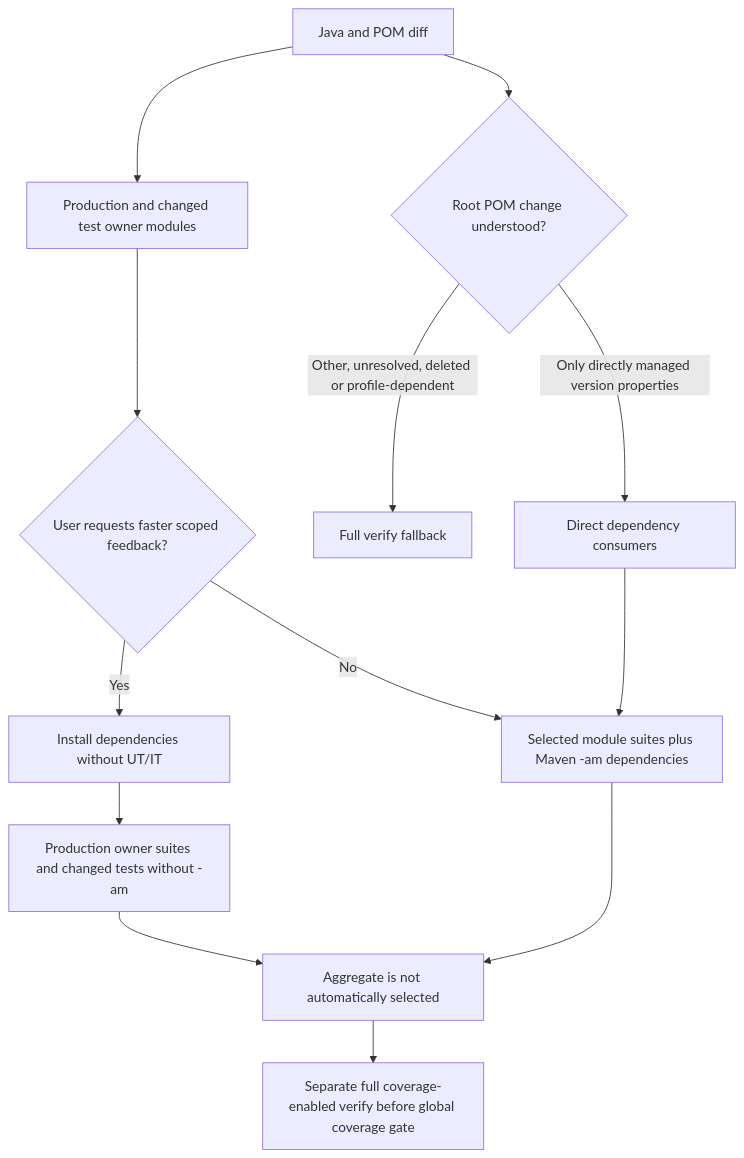
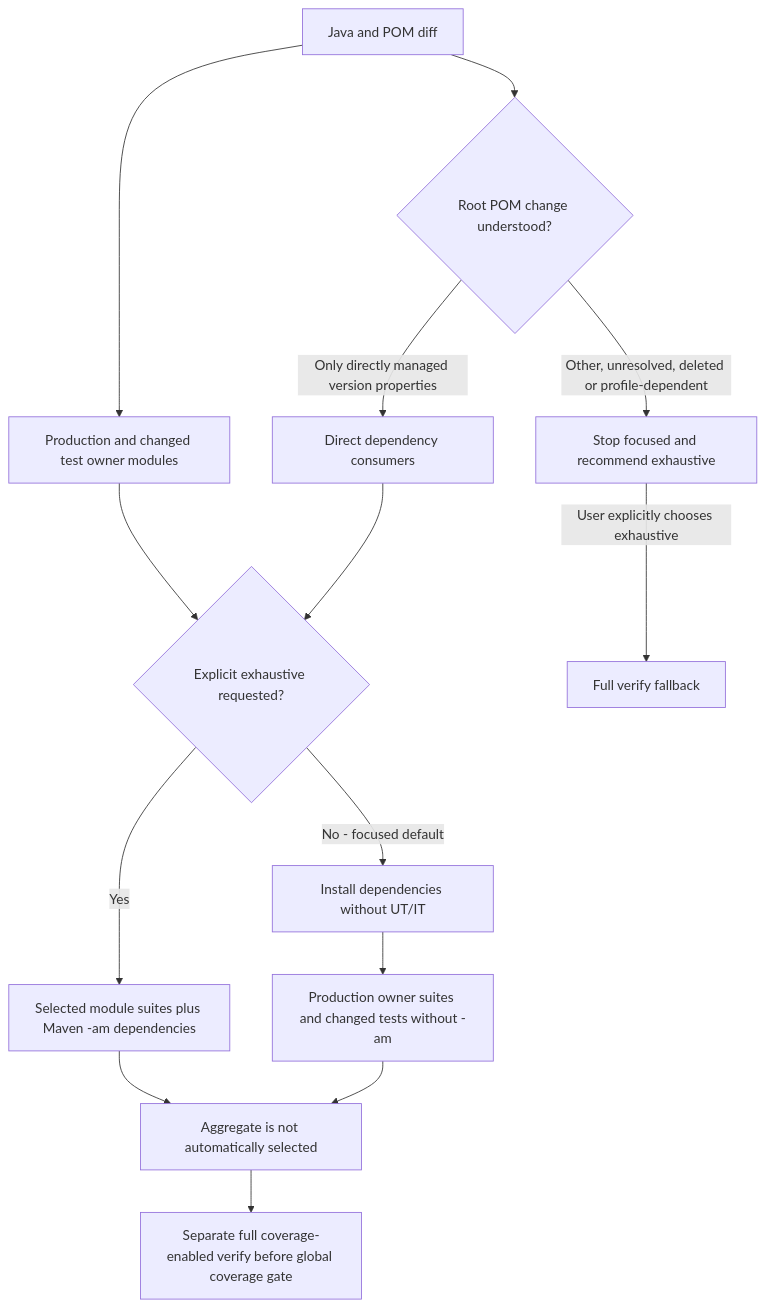
One commit to antonillos/makevn changed the fourth of 4 diagrams in docs/workflow-guidance.md. Above: the diagram before and after it, drawn with Mermaid. The commit also changed other lines of this file and 10 other files, not shown here.

Commit message:
feat(changes): make focused verification the default

````diff
--- a/docs/workflow-guidance.md
+++ b/docs/workflow-guidance.md
@@ -130,15 +130,16 @@
 ```mermaid
 flowchart TD
   Diff[Java and POM diff] --> Owners[Production and changed test owner modules]
   Diff --> POM{Root POM change understood?}
   POM -->|Only directly managed version properties| Consumers[Direct dependency consumers]
-  POM -->|Other, unresolved, deleted or profile-dependent| Full[Full verify fallback]
-  Owners --> Mode{User requests faster scoped feedback?}
-  Mode -->|No| Verify[Selected module suites plus Maven -am dependencies]
-  Mode -->|Yes| Prepare[Install dependencies without UT/IT]
+  POM -->|Other, unresolved, deleted or profile-dependent| Stop[Stop focused and recommend exhaustive]
+  Stop -->|User explicitly chooses exhaustive| Full[Full verify fallback]
+  Owners --> Mode{Explicit exhaustive requested?}
+  Mode -->|Yes| Verify[Selected module suites plus Maven -am dependencies]
+  Mode -->|No - focused default| Prepare[Install dependencies without UT/IT]
   Prepare --> Focus[Production owner suites and changed tests without -am]
   Focus --> Separate
-  Consumers --> Verify
+  Consumers --> Mode
   Verify --> Separate[Aggregate is not automatically selected]
   Separate --> Gate[Separate full coverage-enabled verify before global coverage gate]
 ```
````
